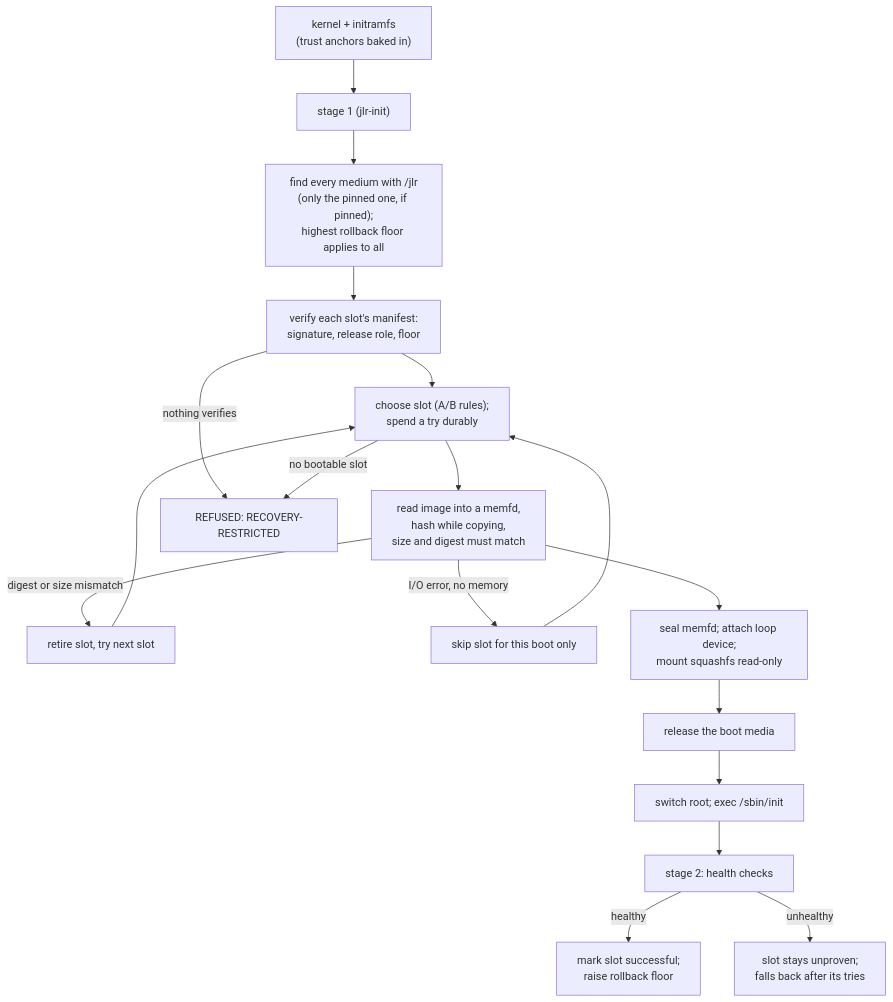
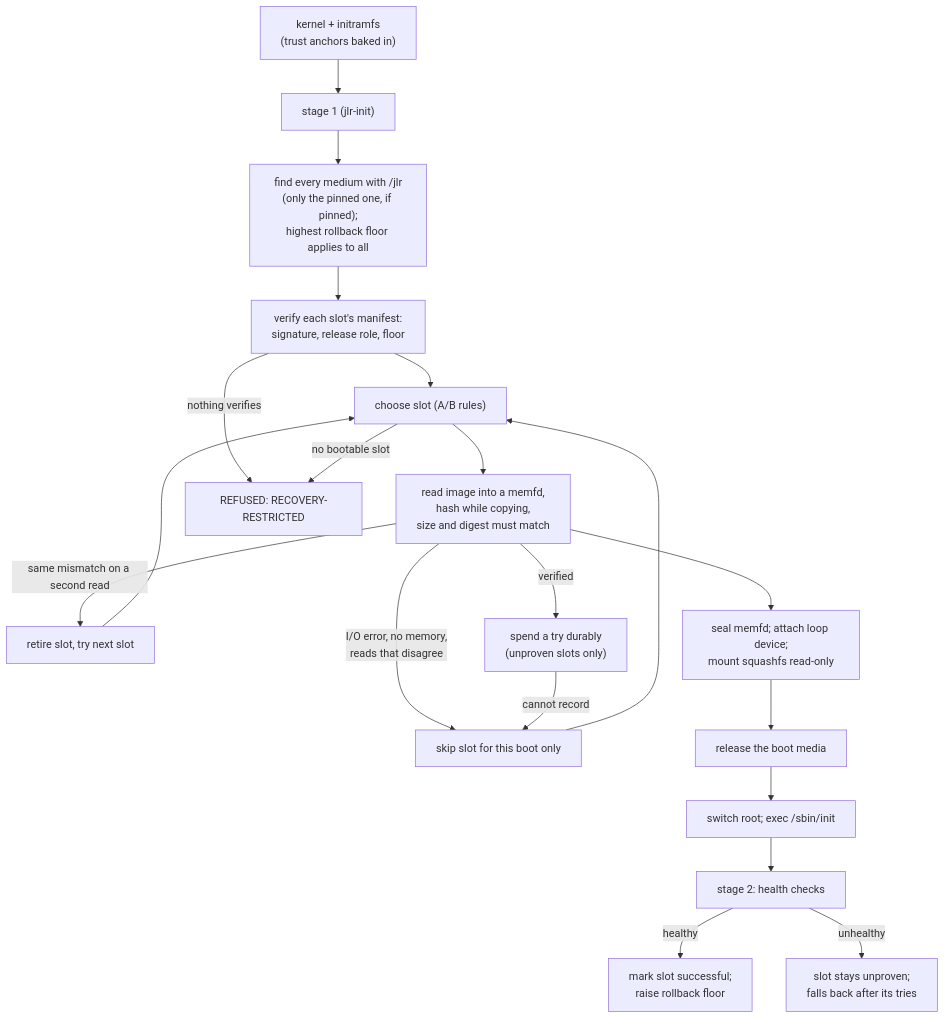
Before and after one commit to chasebryan/JLR: the diagram in docs/BOOT_INSTALLATION.md, drawn with Mermaid. The commit also changed other lines of this file and 34 other files, not shown here.

````diff
--- a/docs/BOOT_INSTALLATION.md
+++ b/docs/BOOT_INSTALLATION.md
@@ -16,20 +16,22 @@
 ```mermaid
 flowchart TB
     A["kernel + initramfs<br/>(trust anchors baked in)"] --> B["stage 1 (jlr-init)"]
     B --> C["find every medium with /jlr<br/>(only the pinned one, if pinned);<br/>highest rollback floor applies to all"]
     C --> D["verify each slot's manifest:<br/>signature, release role, floor"]
-    D --> E["choose slot (A/B rules);<br/>spend a try durably"]
+    D --> E["choose slot (A/B rules)"]
     E --> F["read image into a memfd,<br/>hash while copying,<br/>size and digest must match"]
-    F -->|"digest or size mismatch"| G["retire slot, try next slot"]
-    F -->|"I/O error, no memory"| G2["skip slot for this boot only"]
+    F -->|"same mismatch on a second read"| G["retire slot, try next slot"]
+    F -->|"I/O error, no memory,<br/>reads that disagree"| G2["skip slot for this boot only"]
     G --> E
     G2 --> E
+    F -->|verified| S["spend a try durably<br/>(unproven slots only)"]
+    S -->|cannot record| G2
     F --> H["seal memfd; attach loop device;<br/>mount squashfs read-only"]
     H --> I["release the boot media"]
     I --> J["switch root; exec /sbin/init"]
     J --> K["stage 2: health checks"]
     K -->|healthy| L["mark slot successful;<br/>raise rollback floor"]
     K -->|unhealthy| M["slot stays unproven;<br/>falls back after its tries"]
     D -->|nothing verifies| R["REFUSED: RECOVERY-RESTRICTED"]
     E -->|no bootable slot| R
 ```
````
